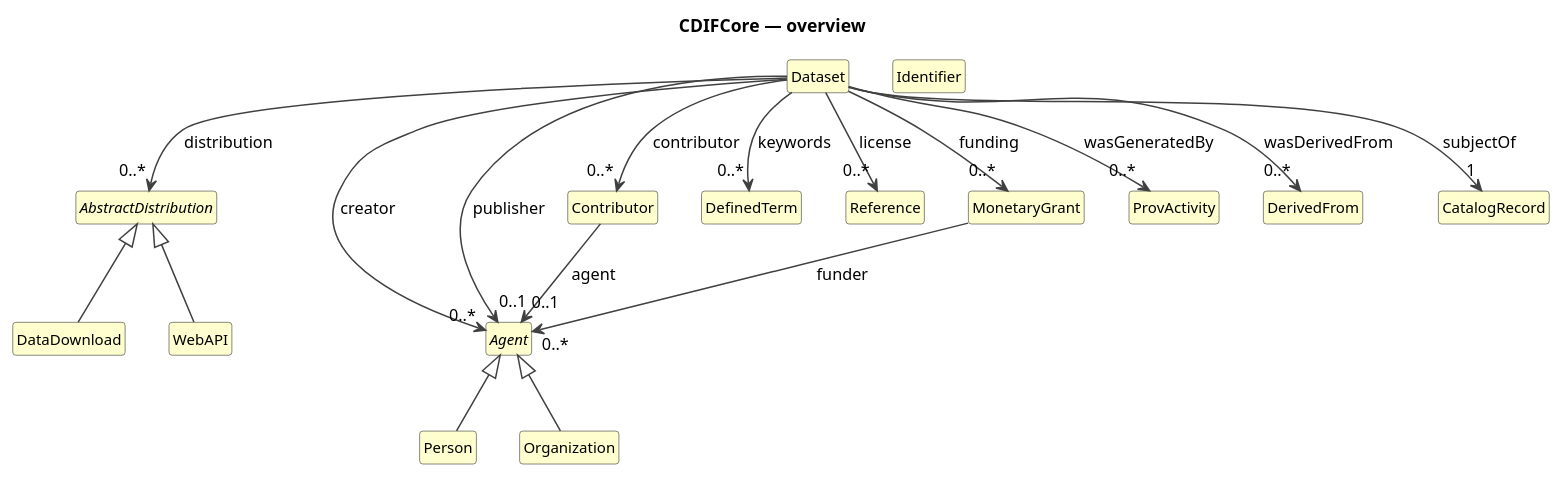
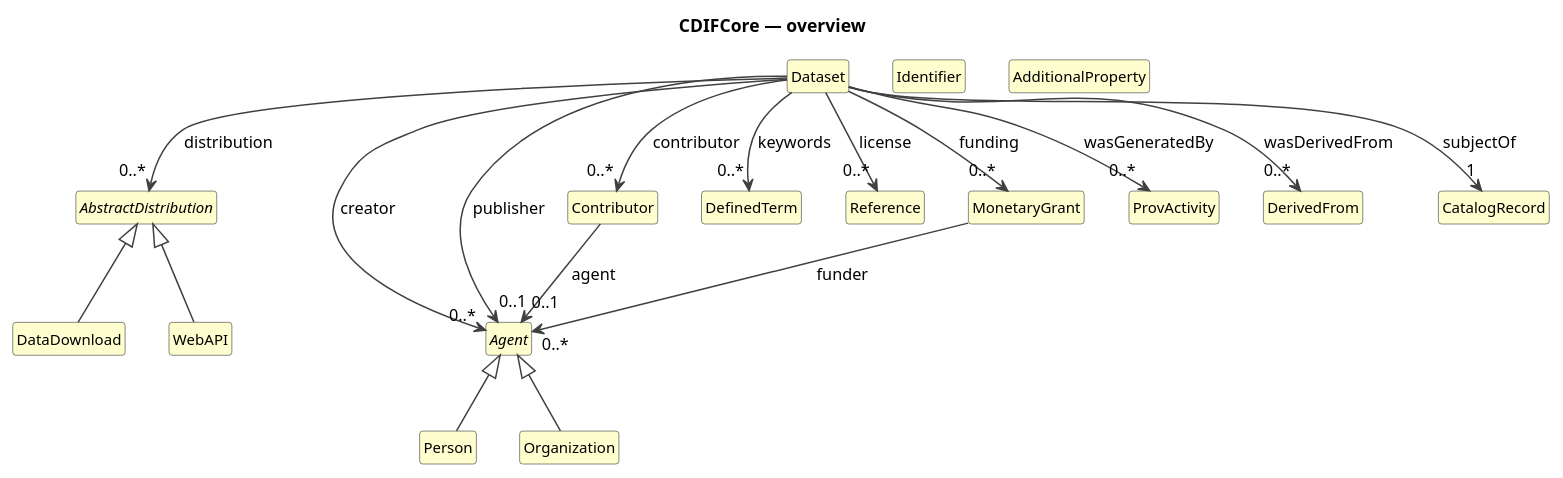
Before and after one commit to Cross-Domain-Interoperability-Framework/metadataBuildingBlocks: the diagram in build/plantuml/cdifCore/index.pu, drawn with PlantUML. The commit also changed 14 other files, not shown here.

First line of the commit message:
union-type-policy: rebuild CDIFCore with new AdditionalProperty target class

```diff
--- a/build/plantuml/cdifCore/index.pu
+++ b/build/plantuml/cdifCore/index.pu
@@ -1,45 +1,46 @@
 @startuml
 title CDIFCore — overview
 hide circle
 hide empty members
 skinparam shadowing false
 skinparam ArrowThickness 1.2
 skinparam class {
   ArrowColor #404040
   BorderColor #404040
   FontSize 12
 }
 
 class "Dataset" as Dataset #FEFECE
 abstract class "AbstractDistribution" as AbstractDistribution #FEFECE
 class "DataDownload" as DataDownload #FEFECE
 class "WebAPI" as WebAPI #FEFECE
 abstract class "Agent" as Agent #FEFECE
 class "Person" as Person #FEFECE
 class "Organization" as Organization #FEFECE
 class "Contributor" as Contributor #FEFECE
 class "DefinedTerm" as DefinedTerm #FEFECE
 class "Identifier" as Identifier #FEFECE
+class "AdditionalProperty" as AdditionalProperty #FEFECE
 class "Reference" as Reference #FEFECE
 class "MonetaryGrant" as MonetaryGrant #FEFECE
 class "ProvActivity" as ProvActivity #FEFECE
 class "DerivedFrom" as DerivedFrom #FEFECE
 class "CatalogRecord" as CatalogRecord #FEFECE
 AbstractDistribution <|-- DataDownload
 AbstractDistribution <|-- WebAPI
 Agent <|-- Person
 Agent <|-- Organization
 Dataset --> "0..*" AbstractDistribution : distribution
 Dataset --> "0..*" Agent : creator
 Dataset --> "0..*" Contributor : contributor
 Dataset --> "0..1" Agent : publisher
 Dataset --> "0..*" MonetaryGrant : funding
 Dataset --> "0..*" ProvActivity : wasGeneratedBy
 Dataset --> "0..*" DerivedFrom : wasDerivedFrom
 Dataset --> "1" CatalogRecord : subjectOf
 Dataset --> "0..*" DefinedTerm : keywords
 Dataset --> "0..*" Reference : license
 Contributor --> "0..1" Agent : agent
 MonetaryGrant --> "0..*" Agent : funder
 
 @enduml
```
